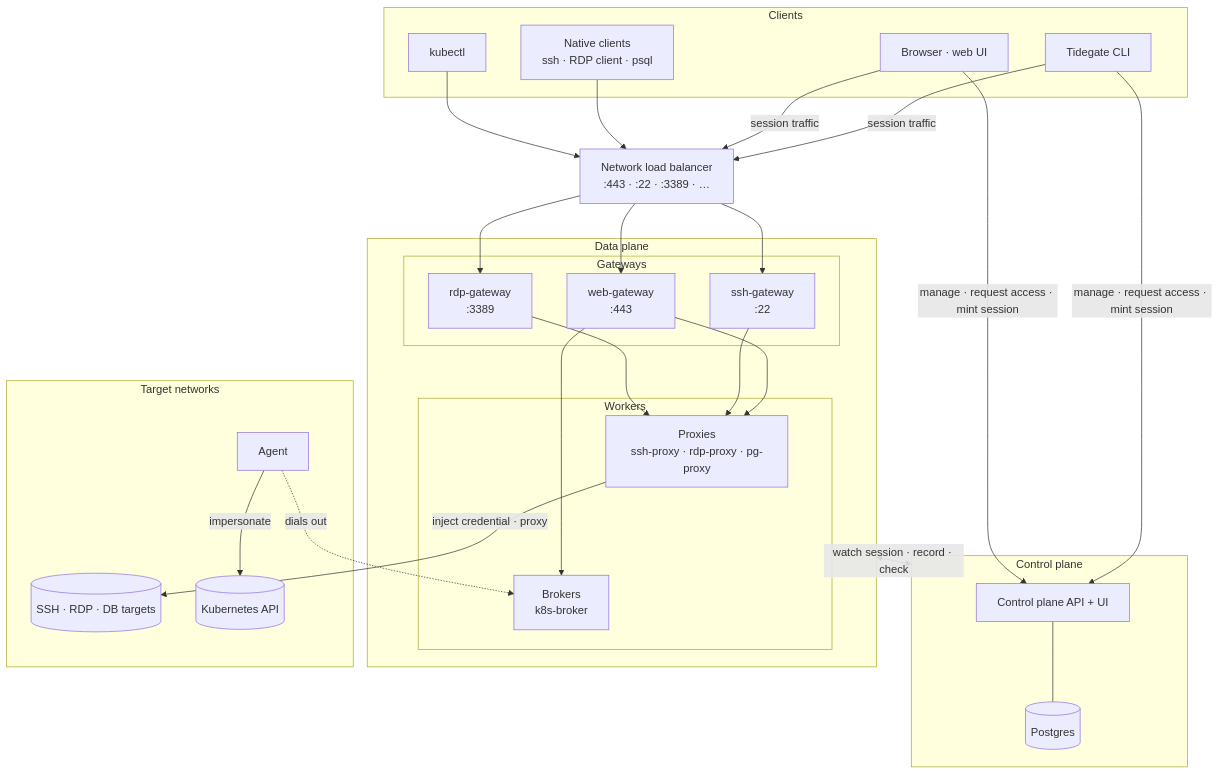
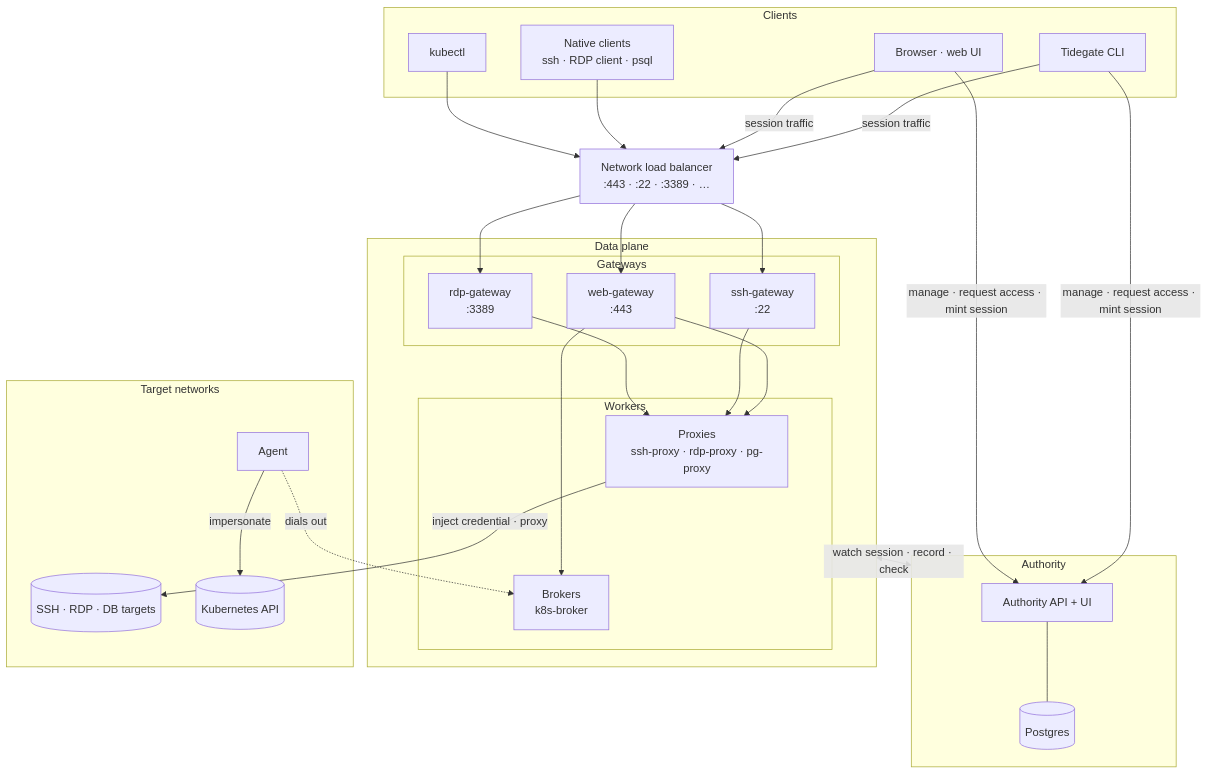
Before and after one commit to tidegate-dev/enhancements: the first of 6 diagrams in teps/0002-architecture/README.md, drawn with Mermaid. The commit also changed other lines of this file, not shown here.

First line of the commit message:
docs: rename the control plane to the authority in TEP-0002 (#9)

````diff
--- a/teps/0002-architecture/README.md
+++ b/teps/0002-architecture/README.md
@@ -65,53 +65,53 @@
 ```mermaid
 flowchart TB
     subgraph clients["Clients"]
         cli["Tidegate CLI"]
         browser["Browser · web UI"]
         native["Native clients<br>ssh · RDP client · psql"]
         kubectl["kubectl"]
     end
 
-    subgraph cp["Control plane"]
-        api["Control plane API + UI"]
+    subgraph au["Authority"]
+        api["Authority API + UI"]
         db[("Postgres")]
         api --- db
     end
 
     nlb["Network load balancer<br>:443 · :22 · :3389 · …"]
 
     subgraph dp["Data plane"]
         subgraph gw["Gateways"]
             web["web-gateway<br>:443"]
             sshgw["ssh-gateway<br>:22"]
             rdpgw["rdp-gateway<br>:3389"]
         end
         subgraph workers["Workers"]
             proxy["Proxies<br>ssh-proxy · rdp-proxy · pg-proxy"]
             broker["Brokers<br>k8s-broker"]
         end
     end
 
     subgraph targets["Target networks"]
         hosts[("SSH · RDP · DB targets")]
         agent["Agent"]
         kube[("Kubernetes API")]
     end
 
     cli -->|"manage · request access · mint session"| api
     browser -->|"manage · request access · mint session"| api
     cli -->|"session traffic"| nlb
     browser -->|"session traffic"| nlb
     native --> nlb
     kubectl --> nlb
     nlb --> web
     nlb --> sshgw
     nlb --> rdpgw
     web --> proxy
     web --> broker
     sshgw --> proxy
     rdpgw --> proxy
-    dp <-->|"watch session · record · check"| cp
+    dp <-->|"watch session · record · check"| au
     proxy -->|"inject credential · proxy"| hosts
     agent -.->|"dials out"| broker
     agent -->|"impersonate"| kube
 ```
````
